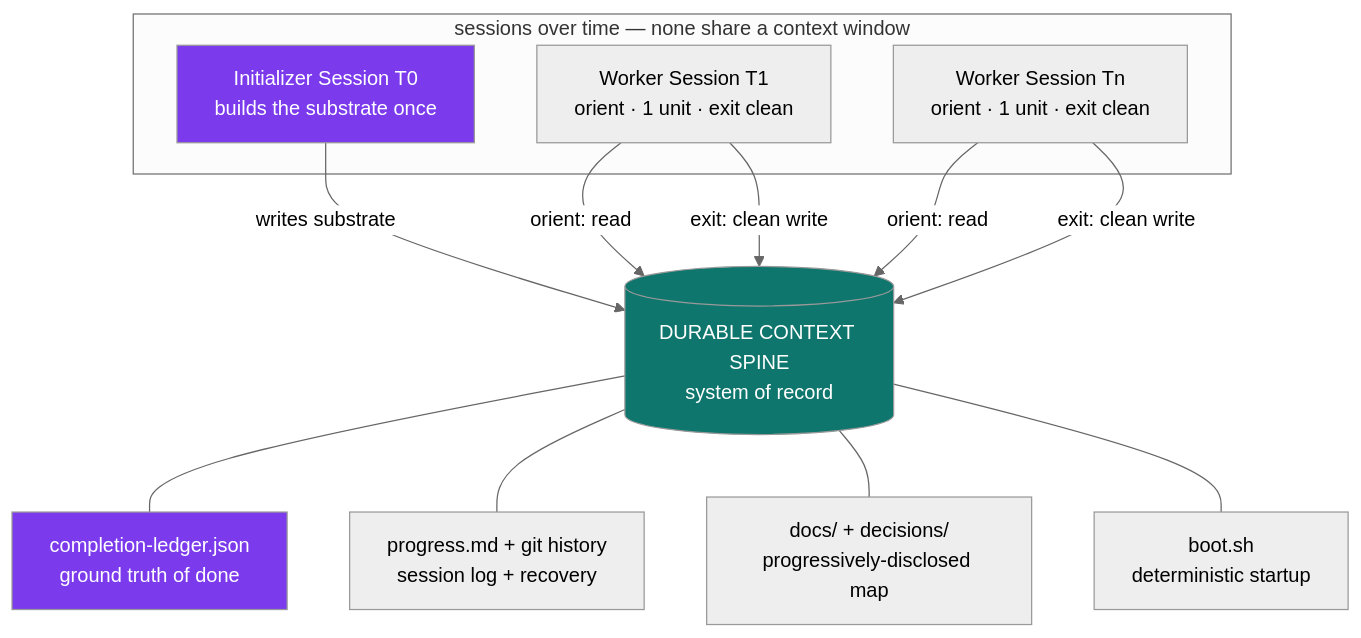
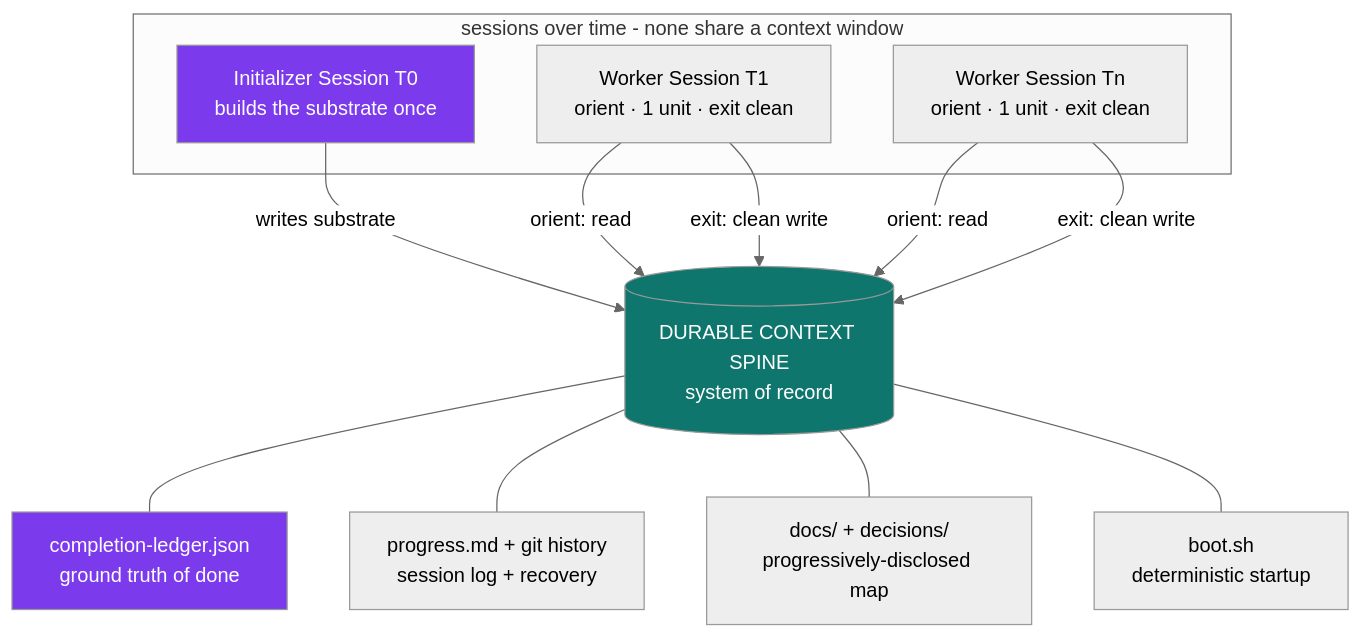
The diagram in README.md (drewmattie-code/Durable-Context-Spine), drawn with Mermaid (neutral theme) before and after one commit. The commit also changed other lines of this file and 8 other files, not shown here.

````diff
--- a/README.md
+++ b/README.md
@@ -50,28 +50,28 @@
 ```mermaid
 flowchart TD
-    subgraph TIME[" sessions over time — none share a context window "]
+    subgraph TIME[" sessions over time - none share a context window "]
       I[Initializer Session T0<br/>builds the substrate once]
       W1[Worker Session T1<br/>orient · 1 unit · exit clean]
       Wn[Worker Session Tn<br/>orient · 1 unit · exit clean]
     end
 
     S[(DURABLE CONTEXT SPINE<br/>system of record)]
     L[completion-ledger.json<br/>ground truth of done]
     P[progress.md + git history<br/>session log + recovery]
     D[docs/ + decisions/<br/>progressively-disclosed map]
     B[boot.sh<br/>deterministic startup]
 
     I -->|writes substrate| S
     W1 -->|orient: read| S
     W1 -->|exit: clean write| S
     Wn -->|orient: read| S
     Wn -->|exit: clean write| S
     S --- L
     S --- P
     S --- D
     S --- B
 
     style S fill:#0F766E,color:#fff
     style I fill:#7C3AED,color:#fff
     style L fill:#7C3AED,color:#fff
 ```
````
